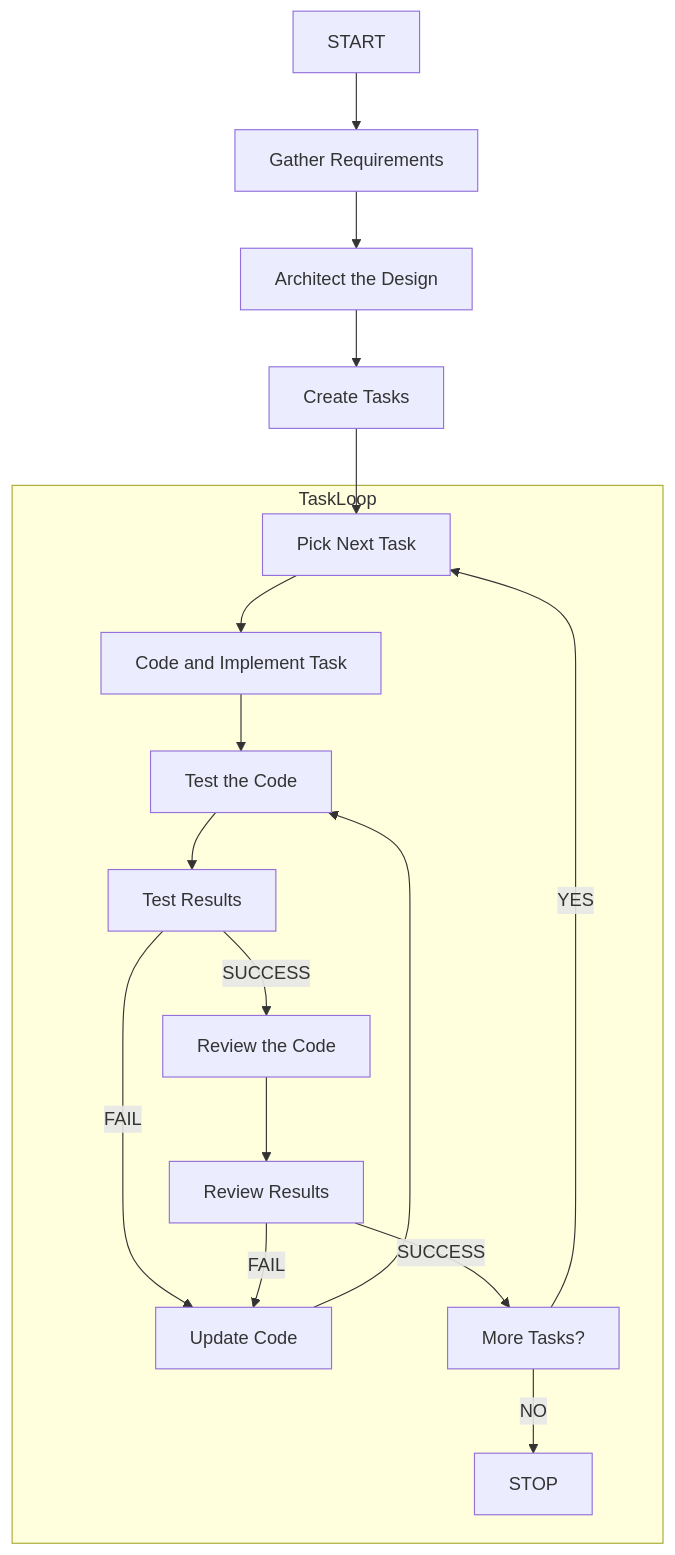
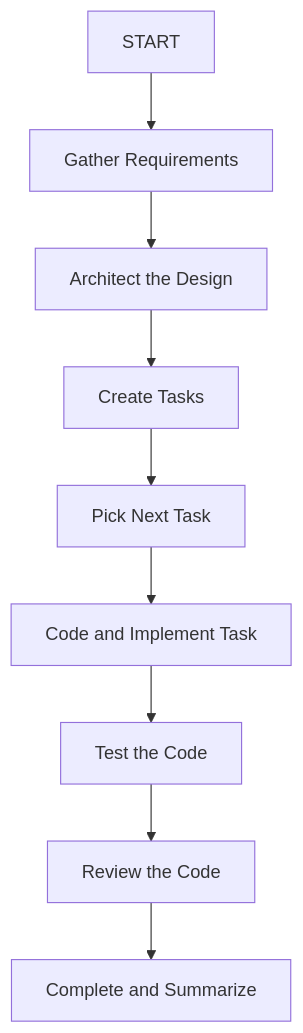
The diagram in src/orchestrator/memory/project_states.md (Moonsong-Labs/ai-nexus), drawn with Mermaid before and after one commit. The commit also changed other lines of this file and 1 other file, not shown here.

Commit message:
Remove loop in orchestrator for getting next task

````diff
--- a/src/orchestrator/memory/project_states.md
+++ b/src/orchestrator/memory/project_states.md
@@ -16,21 +15,11 @@
 ```mermaid
 graph TD;
     START --> RQ[Gather Requirements];
     RQ --> AR[Architect the Design];
     AR --> TM[Create Tasks];
     TM --> NT[Pick Next Task];
-
-    subgraph TaskLoop
-        NT --> CI[Code and Implement Task];
-        CI --> TS[Test the Code];
-        TS --> TR[Test Results];
-        TR --> |FAIL| CU[Update Code];
-        CU --> TS;
-        TR --> |SUCCESS| RW[Review the Code];
-        RW --> RR[Review Results];
-        RR --> |FAIL| CU;
-        RR --> |SUCCESS| CK[More Tasks?];
-        CK --> |YES| NT;
-        CK --> |NO| STOP;
-    end
+    NT --> CI[Code and Implement Task];
+    CI --> TS[Test the Code];
+    TS --> RW[Review the Code];
+    RW --> STOP[Complete and Summarize];
 ```
````
